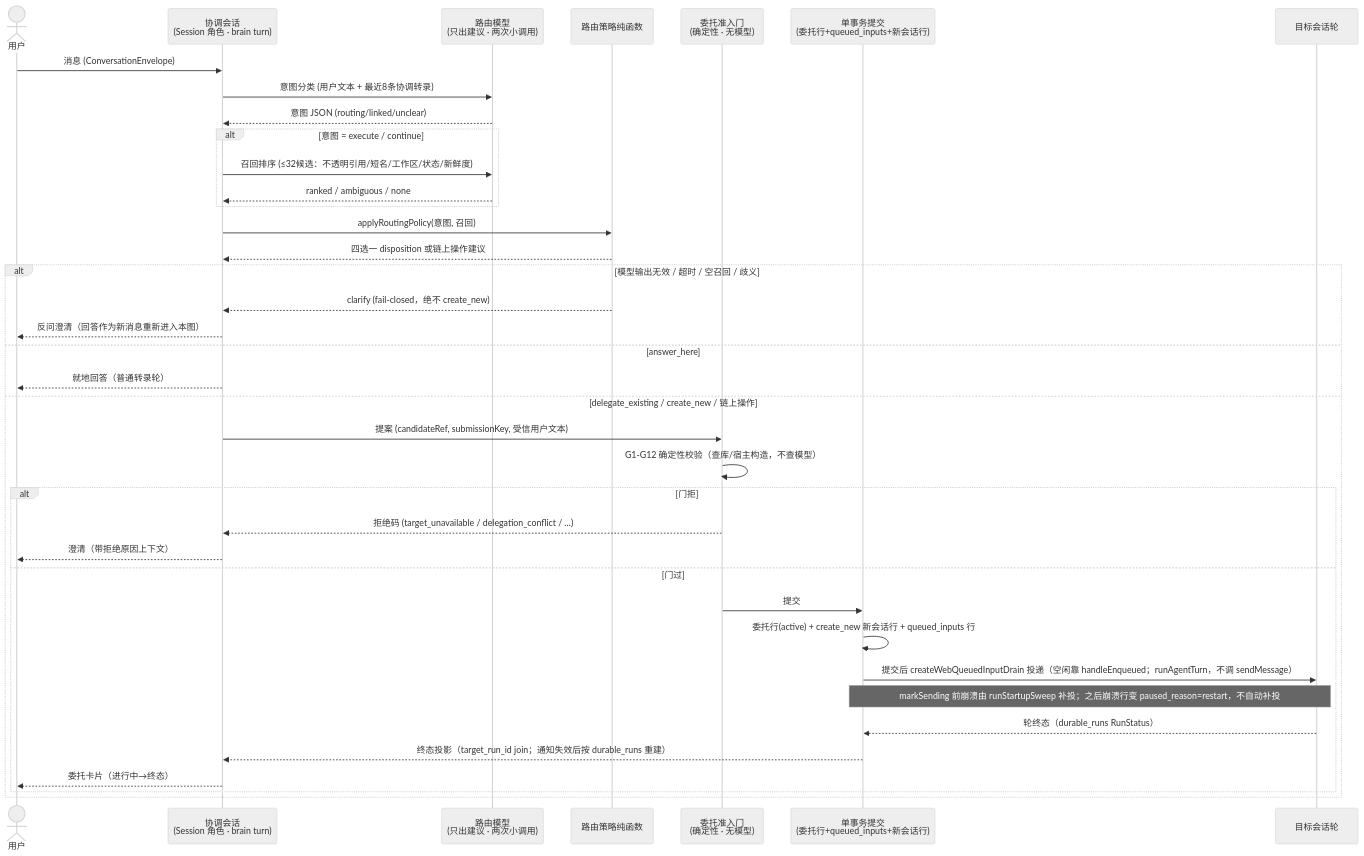
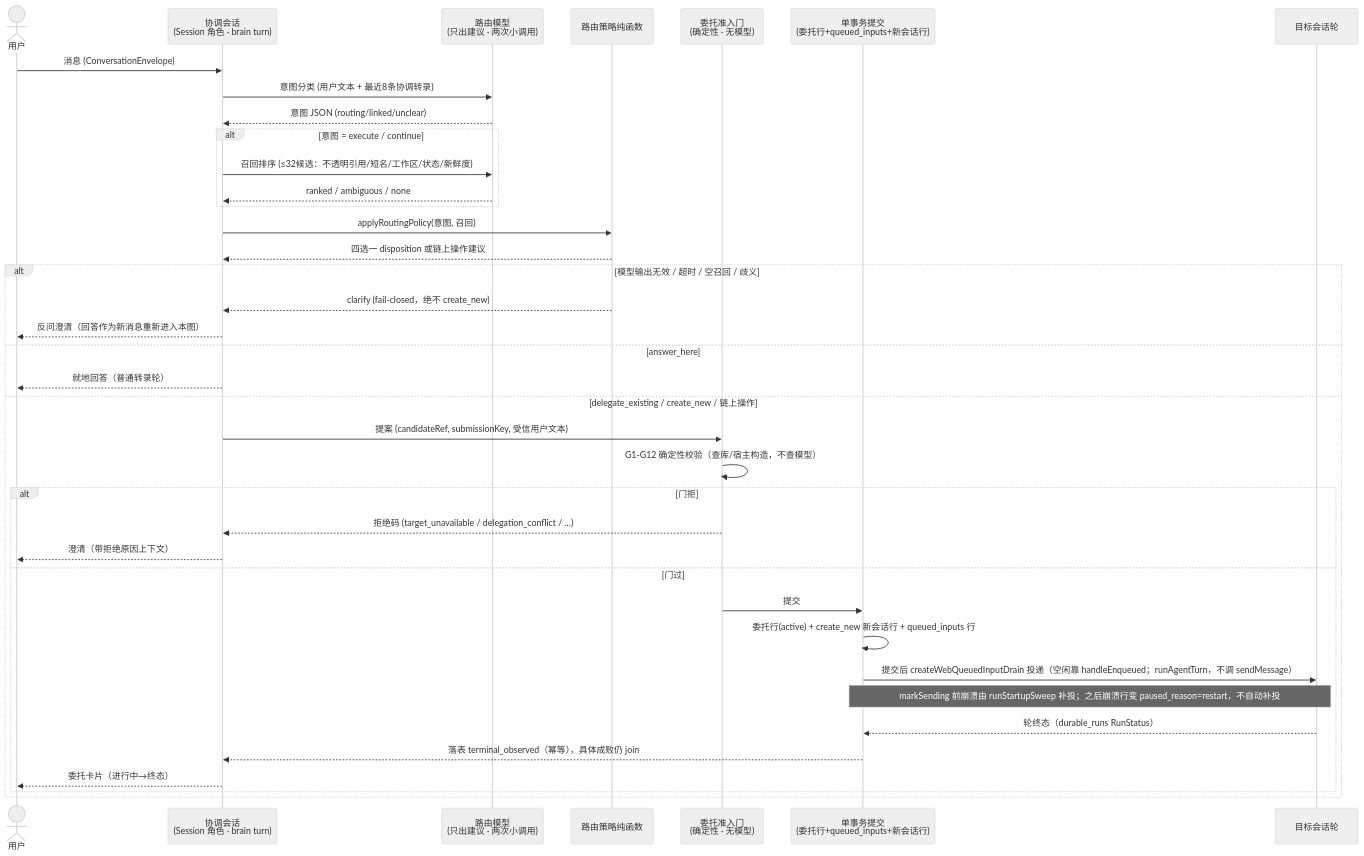
One commit to baochipham942-eng/code-agent changed the second of 3 diagrams in docs/architecture/decisions/ADR-072-cross-session-coordination.md. Above: the diagram before and after it, drawn with Mermaid (neutral theme). The commit also changed other lines of this file, not shown here.

Commit message:
docs(adr): ADR-072 R3 — terminal_observed persisted for G4, delivery rules cut to invariants + build prerequisites (N-WORKHUB-ADR)

````diff
--- a/docs/architecture/decisions/ADR-072-cross-session-coordination.md
+++ b/docs/architecture/decisions/ADR-072-cross-session-coordination.md
@@ -81,41 +81,41 @@
 ```mermaid
 sequenceDiagram
     actor U as 用户
     participant C as 协调会话<br>(Session 角色 · brain turn)
     participant R as 路由模型<br>(只出建议 · 两次小调用)
     participant P as 路由策略纯函数
     participant G as 委托准入门<br>(确定性 · 无模型)
     participant D as 单事务提交<br>(委托行+queued_inputs+新会话行)
     participant T as 目标会话轮
 
     U->>C: 消息 (ConversationEnvelope)
     C->>R: 意图分类 (用户文本 + 最近8条协调转录)
     R-->>C: 意图 JSON (routing/linked/unclear)
     alt 意图 = execute / continue
         C->>R: 召回排序 (≤32候选：不透明引用/短名/工作区/状态/新鲜度)
         R-->>C: ranked / ambiguous / none
     end
     C->>P: applyRoutingPolicy(意图, 召回)
     P-->>C: 四选一 disposition 或链上操作建议
     alt 模型输出无效 / 超时 / 空召回 / 歧义
         P-->>C: clarify (fail-closed，绝不 create_new)
         C-->>U: 反问澄清（回答作为新消息重新进入本图）
     else answer_here
         C-->>U: 就地回答（普通转录轮）
     else delegate_existing / create_new / 链上操作
         C->>G: 提案 (candidateRef, submissionKey, 受信用户文本)
         G->>G: G1-G12 确定性校验（查库/宿主构造，不查模型）
         alt 门拒
             G-->>C: 拒绝码 (target_unavailable / delegation_conflict / …)
             C-->>U: 澄清（带拒绝原因上下文）
         else 门过
             G->>D: 提交
             D->>D: 委托行(active) + create_new 新会话行 + queued_inputs 行
             D->>T: 提交后 createWebQueuedInputDrain 投递（空闲靠 handleEnqueued；runAgentTurn，不调 sendMessage）
             Note over D,T: markSending 前崩溃由 runStartupSweep 补投；之后崩溃行变 paused_reason=restart，不自动补投
             T-->>D: 轮终态（durable_runs RunStatus）
-            D-->>C: 终态投影（target_run_id join；通知失效后按 durable_runs 重建）
+            D-->>C: 落表 terminal_observed（幂等），具体成败仍 join
             C-->>U: 委托卡片（进行中→终态）
         end
     end
 ```
````
